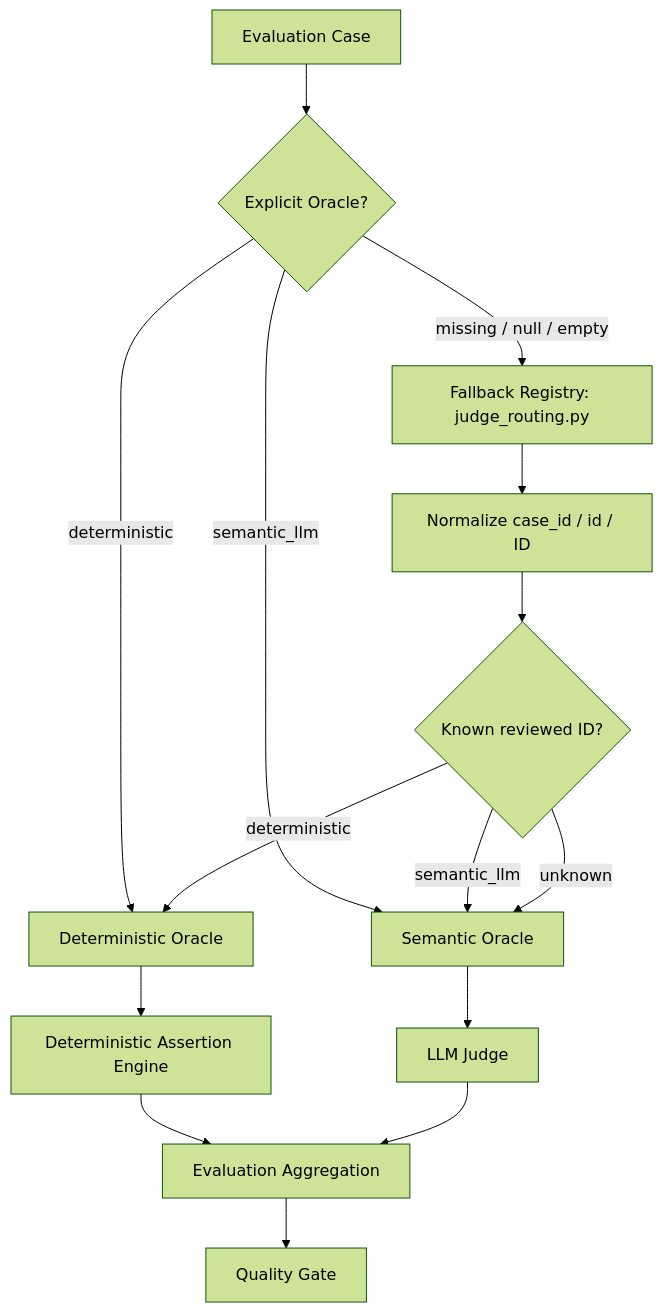
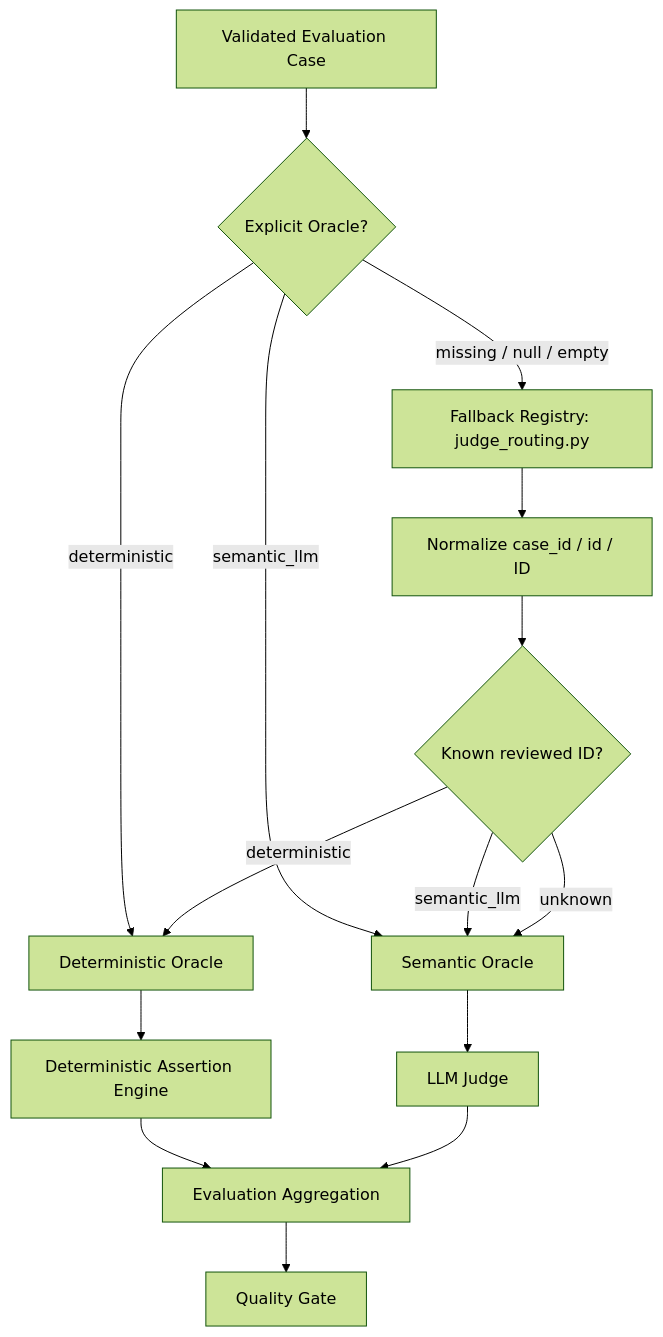
The first of 4 diagrams in docs/automated_ai_evaluation.md (oleksandrserhieiev-beep/ai-qe-lab), drawn with Mermaid (forest theme) before and after one commit. The commit also changed other lines of this file, not shown here.

Commit message:
Refresh automated evaluation documentation

````diff
--- a/docs/automated_ai_evaluation.md
+++ b/docs/automated_ai_evaluation.md
@@ -9,17 +23,17 @@
 ```mermaid
 flowchart TD
-    A[Evaluation Case] --> O{Explicit Oracle?}
+    A[Validated Evaluation Case] --> O{Explicit Oracle?}
     O -->|deterministic| D[Deterministic Oracle]
     O -->|semantic_llm| S[Semantic Oracle]
     O -->|missing / null / empty| F[Fallback Registry: judge_routing.py]
     F --> ID[Normalize case_id / id / ID]
     ID --> M{Known reviewed ID?}
     M -->|deterministic| D
     M -->|semantic_llm| S
     M -->|unknown| S
     D --> P[Deterministic Assertion Engine]
     S --> J[LLM Judge]
     P --> R[Evaluation Aggregation]
     J --> R
     R --> G[Quality Gate]
 ```
````
